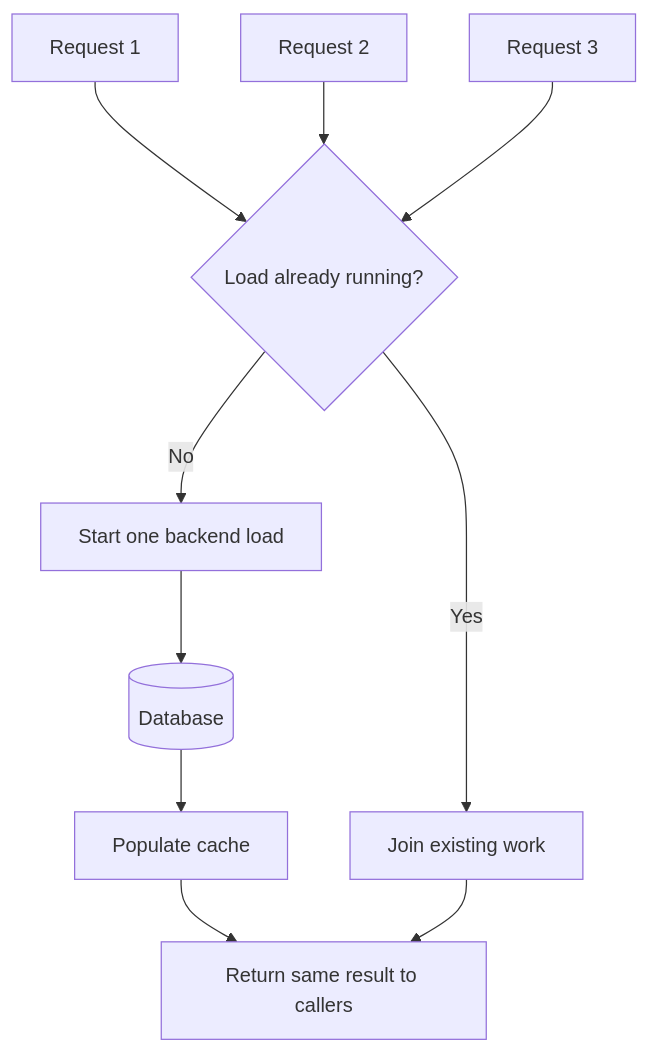
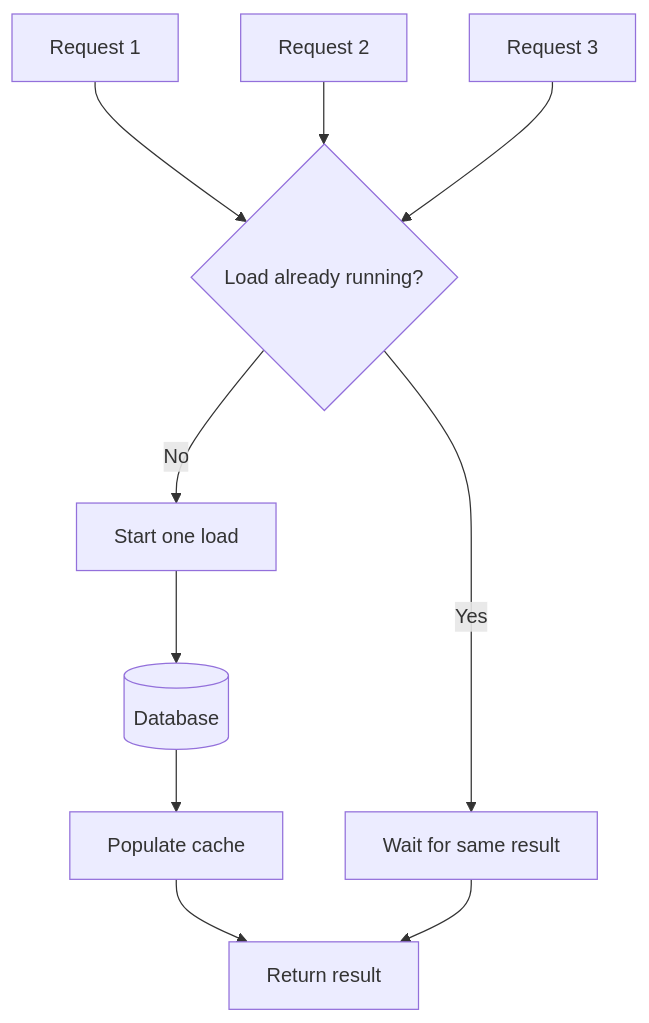
One commit to AvadhBhalodiya/Interview-Preparation changed the ninth of 12 diagrams in src/content/system-design/caching-layers-stampede.md. Above: the diagram before and after it, drawn with Mermaid. The commit also changed other lines of this file and 54 other files, not shown here.

````diff
--- a/src/content/system-design/caching-layers-stampede.md
+++ b/src/content/system-design/caching-layers-stampede.md
@@ -823,12 +661,14 @@
 ```mermaid
 flowchart TD
-    R1[Request 1] --> G{Load already running?}
-    R2[Request 2] --> G
-    R3[Request 3] --> G
-    G -->|No| L[Start one backend load]
-    G -->|Yes| W[Join existing work]
+    R1[Request 1] --> F{Load already running?}
+    R2[Request 2] --> F
+    R3[Request 3] --> F
+
+    F -->|No| L[Start one load]
+    F -->|Yes| W[Wait for same result]
+
     L --> D[(Database)]
     D --> C[Populate cache]
-    C --> OUT[Return same result to callers]
-    W --> OUT
+    C --> O[Return result]
+    W --> O
 ```
````
